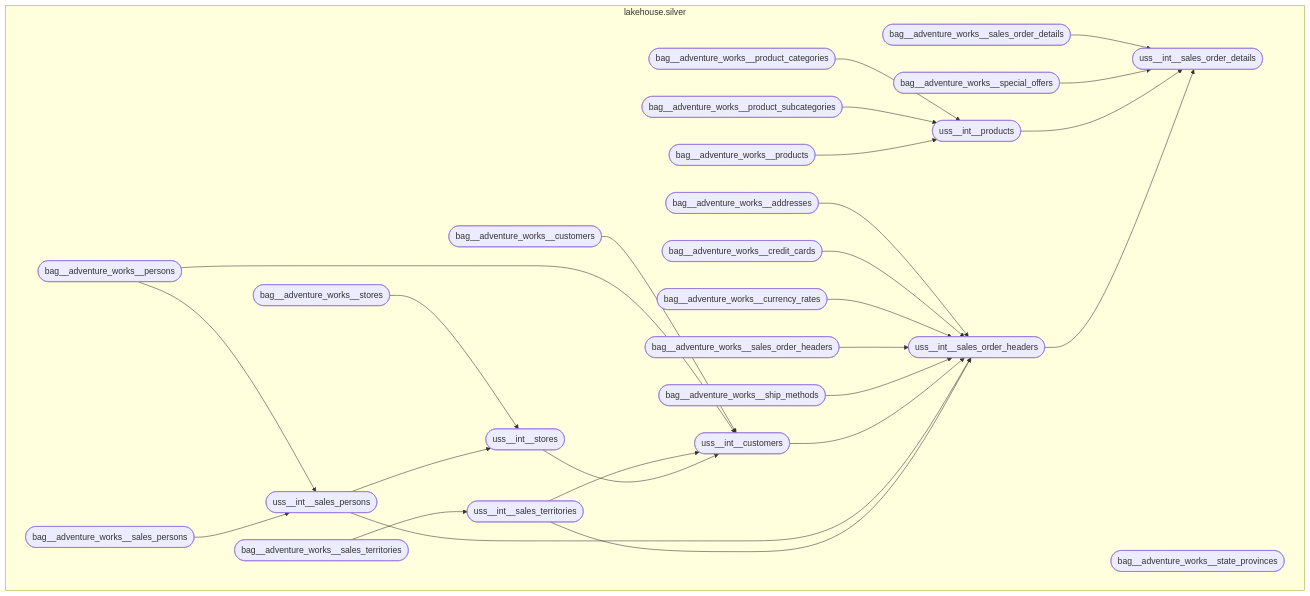
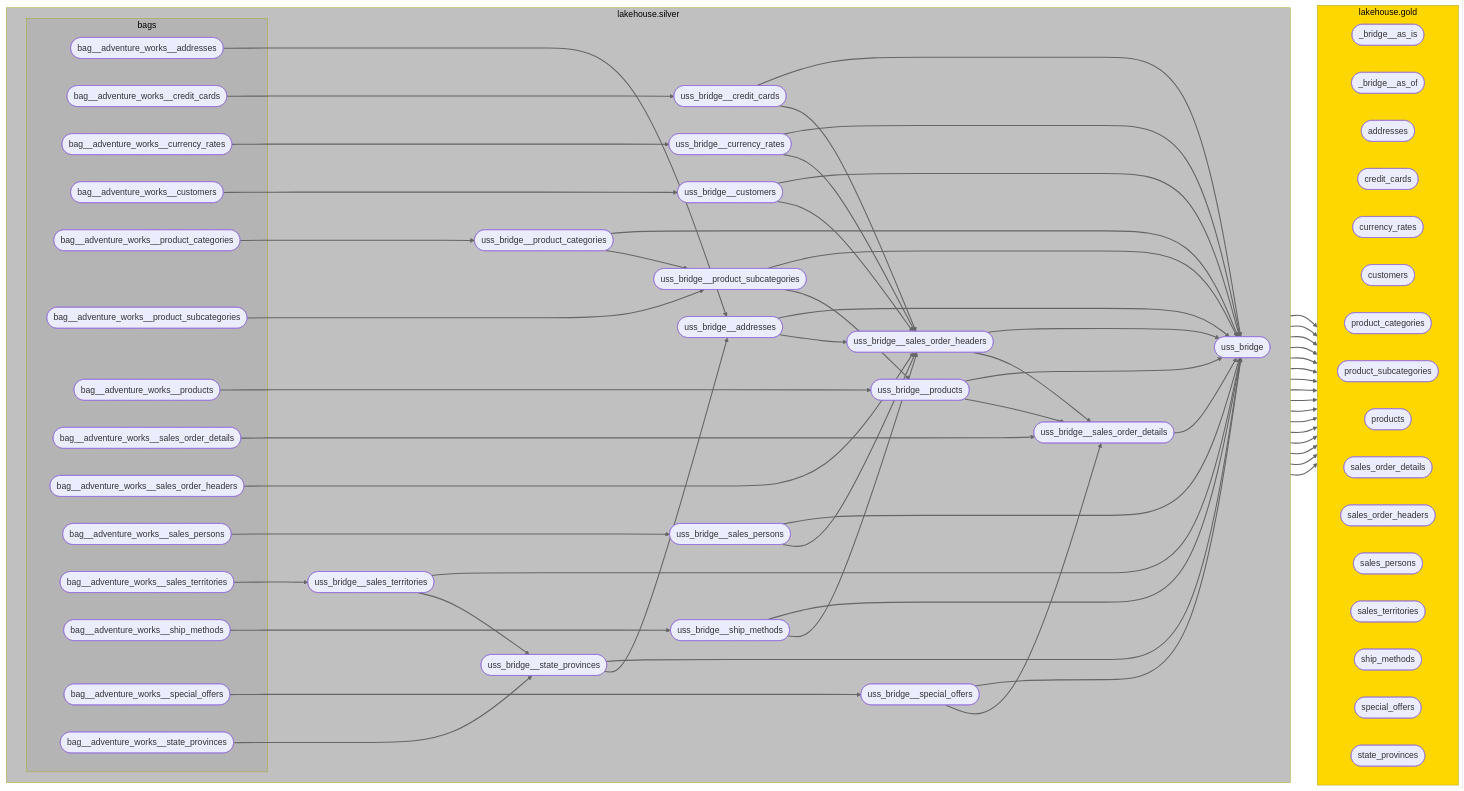
Before and after one commit to mattiasthalen/serverless-lakehouse: the diagram in dag.mmd, drawn with Mermaid. The commit also changed 4 other files, not shown here.

Commit message:
Move initial unified bridge to silver to make room for the calendar

```diff
--- a/dag.mmd
+++ b/dag.mmd
@@ -1,53 +1,143 @@
 flowchart LR
     subgraph lakehouse.silver["lakehouse.silver"]
         direction LR
-        bag__adventure_works__addresses(["bag__adventure_works__addresses"])
-        bag__adventure_works__credit_cards(["bag__adventure_works__credit_cards"])
-        bag__adventure_works__currency_rates(["bag__adventure_works__currency_rates"])
-        bag__adventure_works__customers(["bag__adventure_works__customers"])
-        bag__adventure_works__persons(["bag__adventure_works__persons"])
-        bag__adventure_works__product_categories(["bag__adventure_works__product_categories"])
-        bag__adventure_works__product_subcategories(["bag__adventure_works__product_subcategories"])
-        bag__adventure_works__products(["bag__adventure_works__products"])
-        bag__adventure_works__sales_order_details(["bag__adventure_works__sales_order_details"])
-        bag__adventure_works__sales_order_headers(["bag__adventure_works__sales_order_headers"])
-        bag__adventure_works__sales_persons(["bag__adventure_works__sales_persons"])
-        bag__adventure_works__sales_territories(["bag__adventure_works__sales_territories"])
-        bag__adventure_works__ship_methods(["bag__adventure_works__ship_methods"])
-        bag__adventure_works__special_offers(["bag__adventure_works__special_offers"])
-        bag__adventure_works__state_provinces(["bag__adventure_works__state_provinces"])
-        bag__adventure_works__stores(["bag__adventure_works__stores"])
-        uss__int__customers(["uss__int__customers"])
-        uss__int__products(["uss__int__products"])
-        uss__int__sales_order_details(["uss__int__sales_order_details"])
-        uss__int__sales_order_headers(["uss__int__sales_order_headers"])
-        uss__int__sales_persons(["uss__int__sales_persons"])
-        uss__int__sales_territories(["uss__int__sales_territories"])
-        uss__int__stores(["uss__int__stores"])
+
+        subgraph bags
+            bag__adventure_works__addresses(["bag__adventure_works__addresses"])
+            bag__adventure_works__credit_cards(["bag__adventure_works__credit_cards"])
+            bag__adventure_works__currency_rates(["bag__adventure_works__currency_rates"])
+            bag__adventure_works__customers(["bag__adventure_works__customers"])
+            bag__adventure_works__product_categories(["bag__adventure_works__product_categories"])
+            bag__adventure_works__product_subcategories(["bag__adventure_works__product_subcategories"])
+            bag__adventure_works__products(["bag__adventure_works__products"])
+            bag__adventure_works__sales_order_details(["bag__adventure_works__sales_order_details"])
+            bag__adventure_works__sales_order_headers(["bag__adventure_works__sales_order_headers"])
+            bag__adventure_works__sales_persons(["bag__adventure_works__sales_persons"])
+            bag__adventure_works__sales_territories(["bag__adventure_works__sales_territories"])
+            bag__adventure_works__ship_methods(["bag__adventure_works__ship_methods"])
+            bag__adventure_works__special_offers(["bag__adventure_works__special_offers"])
+            bag__adventure_works__state_provinces(["bag__adventure_works__state_provinces"])
+        end
+        
+        uss_bridge(["uss_bridge"])
+        uss_bridge__addresses(["uss_bridge__addresses"])
+        uss_bridge__credit_cards(["uss_bridge__credit_cards"])
+        uss_bridge__currency_rates(["uss_bridge__currency_rates"])
+        uss_bridge__customers(["uss_bridge__customers"])
+        uss_bridge__product_categories(["uss_bridge__product_categories"])
+        uss_bridge__product_subcategories(["uss_bridge__product_subcategories"])
+        uss_bridge__products(["uss_bridge__products"])
+        uss_bridge__sales_order_details(["uss_bridge__sales_order_details"])
+        uss_bridge__sales_order_headers(["uss_bridge__sales_order_headers"])
+        uss_bridge__sales_persons(["uss_bridge__sales_persons"])
+        uss_bridge__sales_territories(["uss_bridge__sales_territories"])
+        uss_bridge__ship_methods(["uss_bridge__ship_methods"])
+        uss_bridge__special_offers(["uss_bridge__special_offers"])
+        uss_bridge__state_provinces(["uss_bridge__state_provinces"])
+    end
+
+    subgraph lakehouse.gold["lakehouse.gold"]
+        direction LR
+        _bridge__as_is(["_bridge__as_is"])
+        _bridge__as_of(["_bridge__as_of"])
+        addresses(["addresses"])
+        credit_cards(["credit_cards"])
+        currency_rates(["currency_rates"])
+        customers(["customers"])
+        product_categories(["product_categories"])
+        product_subcategories(["product_subcategories"])
+        products(["products"])
+        sales_order_details(["sales_order_details"])
+        sales_order_headers(["sales_order_headers"])
+        sales_persons(["sales_persons"])
+        sales_territories(["sales_territories"])
+        ship_methods(["ship_methods"])
+        special_offers(["special_offers"])
+        state_provinces(["state_provinces"])
     end
 
     %% lakehouse.silver -> lakehouse.silver
-    bag__adventure_works__addresses --> uss__int__sales_order_headers
-    bag__adventure_works__credit_cards --> uss__int__sales_order_headers
-    bag__adventure_works__currency_rates --> uss__int__sales_order_headers
-    bag__adventure_works__customers --> uss__int__customers
-    bag__adventure_works__persons --> uss__int__customers
-    bag__adventure_works__persons --> uss__int__sales_persons
-    bag__adventure_works__product_categories --> uss__int__products
-    bag__adventure_works__product_subcategories --> uss__int__products
-    bag__adventure_works__products --> uss__int__products
-    bag__adventure_works__sales_order_details --> uss__int__sales_order_details
-    bag__adventure_works__sales_order_headers --> uss__int__sales_order_headers
-    bag__adventure_works__sales_persons --> uss__int__sales_persons
-    bag__adventure_works__sales_territories --> uss__int__sales_territories
-    bag__adventure_works__ship_methods --> uss__int__sales_order_headers
-    bag__adventure_works__special_offers --> uss__int__sales_order_details
-    bag__adventure_works__stores --> uss__int__stores
-    uss__int__customers --> uss__int__sales_order_headers
-    uss__int__products --> uss__int__sales_order_details
-    uss__int__sales_order_headers --> uss__int__sales_order_details
-    uss__int__sales_persons --> uss__int__sales_order_headers
-    uss__int__sales_persons --> uss__int__stores
-    uss__int__sales_territories --> uss__int__customers
-    uss__int__sales_territories --> uss__int__sales_order_headers
-    uss__int__stores --> uss__int__customers
+    bag__adventure_works__addresses --> uss_bridge__addresses
+    bag__adventure_works__credit_cards --> uss_bridge__credit_cards
+    bag__adventure_works__currency_rates --> uss_bridge__currency_rates
+    bag__adventure_works__customers --> uss_bridge__customers
+    bag__adventure_works__product_categories --> uss_bridge__product_categories
+    bag__adventure_works__product_subcategories --> uss_bridge__product_subcategories
+    bag__adventure_works__products --> uss_bridge__products
+    bag__adventure_works__sales_order_details --> uss_bridge__sales_order_details
+    bag__adventure_works__sales_order_headers --> uss_bridge__sales_order_headers
+    bag__adventure_works__sales_persons --> uss_bridge__sales_persons
+    bag__adventure_works__sales_territories --> uss_bridge__sales_territories
+    bag__adventure_works__ship_methods --> uss_bridge__ship_methods
+    bag__adventure_works__special_offers --> uss_bridge__special_offers
+    bag__adventure_works__state_provinces --> uss_bridge__state_provinces
+    uss_bridge__addresses --> uss_bridge
+    uss_bridge__addresses --> uss_bridge__sales_order_headers
+    uss_bridge__credit_cards --> uss_bridge
+    uss_bridge__credit_cards --> uss_bridge__sales_order_headers
+    uss_bridge__currency_rates --> uss_bridge
+    uss_bridge__currency_rates --> uss_bridge__sales_order_headers
+    uss_bridge__customers --> uss_bridge
+    uss_bridge__customers --> uss_bridge__sales_order_headers
+    uss_bridge__product_categories --> uss_bridge
+    uss_bridge__product_categories --> uss_bridge__product_subcategories
+    uss_bridge__product_subcategories --> uss_bridge
+    uss_bridge__product_subcategories --> uss_bridge__products
+    uss_bridge__products --> uss_bridge
+    uss_bridge__products --> uss_bridge__sales_order_details
+    uss_bridge__sales_order_details --> uss_bridge
+    uss_bridge__sales_order_headers --> uss_bridge
+    uss_bridge__sales_order_headers --> uss_bridge__sales_order_details
+    uss_bridge__sales_persons --> uss_bridge
+    uss_bridge__sales_persons --> uss_bridge__sales_order_headers
+    uss_bridge__sales_territories --> uss_bridge
+    uss_bridge__sales_territories --> uss_bridge__state_provinces
+    uss_bridge__ship_methods --> uss_bridge
+    uss_bridge__ship_methods --> uss_bridge__sales_order_headers
+    uss_bridge__special_offers --> uss_bridge
+    uss_bridge__special_offers --> uss_bridge__sales_order_details
+    uss_bridge__state_provinces --> uss_bridge
+    uss_bridge__state_provinces --> uss_bridge__addresses
+
+    %% lakehouse.silver -> lakehouse.gold
+    bag__adventure_works__addresses --> addresses
+    bag__adventure_works__credit_cards --> credit_cards
+    bag__adventure_works__currency_rates --> currency_rates
+    bag__adventure_works__customers --> customers
+    bag__adventure_works__product_categories --> product_categories
+    bag__adventure_works__product_subcategories --> product_subcategories
+    bag__adventure_works__products --> products
+    bag__adventure_works__sales_order_details --> sales_order_details
+    bag__adventure_works__sales_order_headers --> sales_order_headers
+    bag__adventure_works__sales_persons --> sales_persons
+    bag__adventure_works__sales_territories --> sales_territories
+    bag__adventure_works__ship_methods --> ship_methods
+    bag__adventure_works__special_offers --> special_offers
+    bag__adventure_works__state_provinces --> state_provinces
+    uss_bridge --> _bridge__as_is
+    uss_bridge --> _bridge__as_of
+
+    linkStyle default stroke:#666,stroke-width:2px
+
+    %% Bronze shades
+    classDef bronze_classic fill:#CD7F32,color:white
+    classDef bronze_dark fill:#B87333,color:white
+    classDef bronze_light fill:#E09756,color:white
+    classDef bronze_antique fill:#966B47,color:white
+    
+    %% Silver shades
+    classDef silver_classic fill:#C0C0C0,color:black
+    classDef silver_dark fill:#A8A8A8,color:black
+    classDef silver_light fill:#D8D8D8,color:black
+    classDef silver_antique fill:#B4B4B4,color:black
+    
+    %% Gold shades
+    classDef gold_classic fill:#FFD700,color:black
+    classDef gold_dark fill:#DAA520,color:black
+    classDef gold_light fill:#FFE55C,color:black
+    classDef gold_antique fill:#CFB53B,color:black
+
+    class lakehouse.silver silver_classic
+    class bags silver_antique
+
+    class lakehouse.gold gold_classic
```
